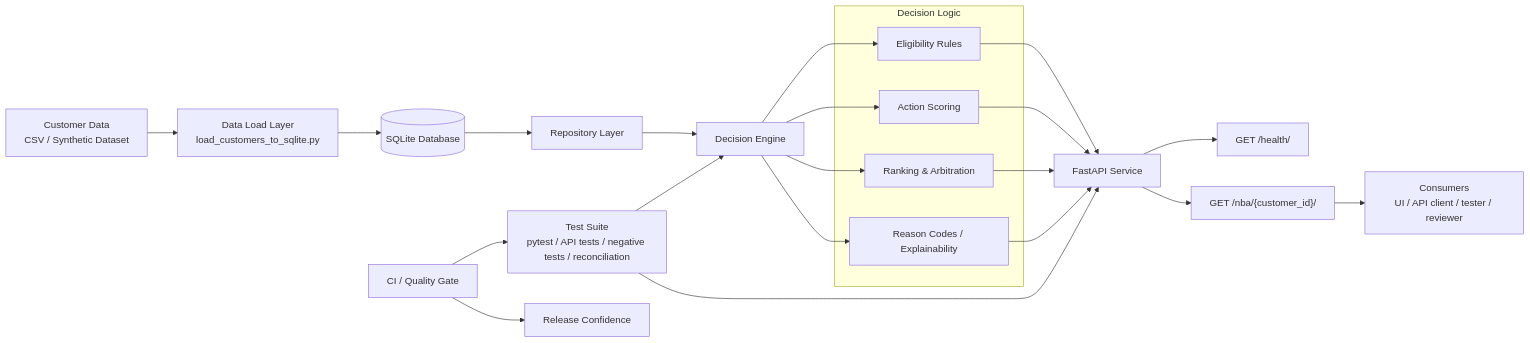
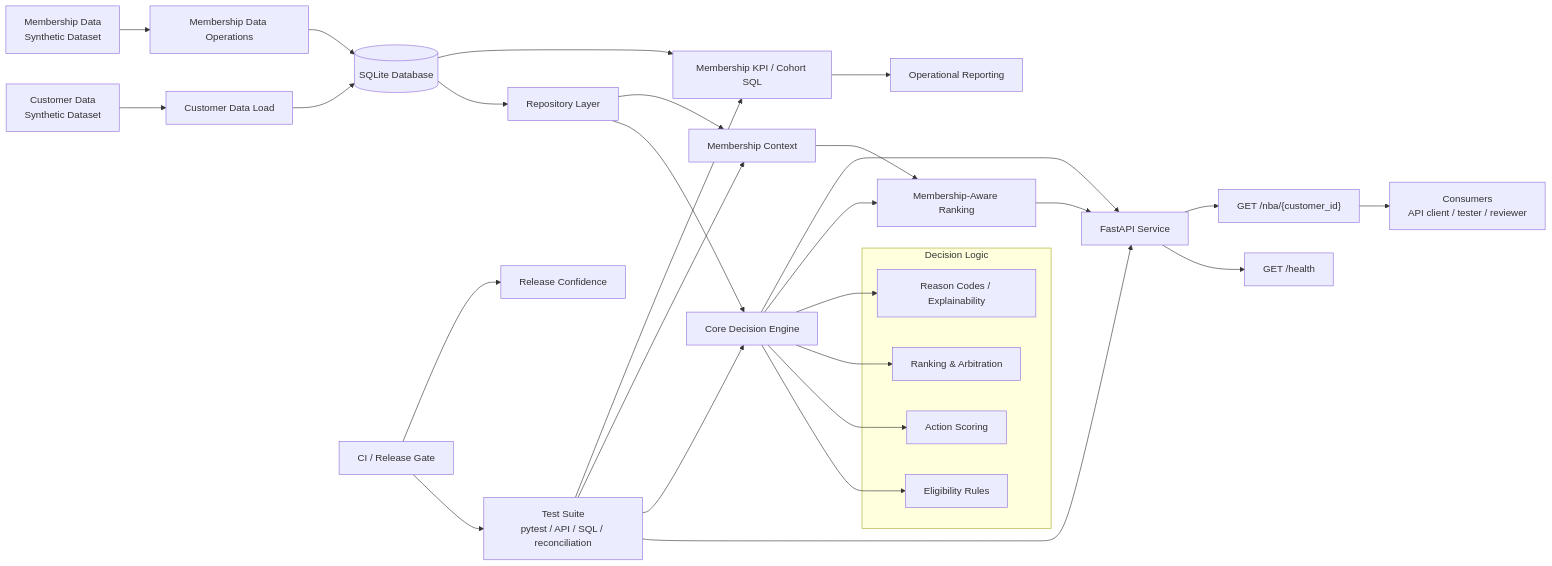
One commit to Seun193/NextBestAction-Decisioning-Lab changed the diagram in README.md. Above: the diagram before and after it, drawn with Mermaid. The commit also changed other lines of this file and 1 other file, not shown here.

Commit message:
Document membership data operations validation

````diff
--- a/README.md
+++ b/README.md
@@ -9,36 +28,47 @@
 ```mermaid
 flowchart LR
-    A["Customer Data<br/>CSV / Synthetic Dataset"] --> B["Data Load Layer<br/>load_customers_to_sqlite.py"]
+    A["Customer Data<br/>Synthetic Dataset"] --> B["Customer Data Load"]
+    M["Membership Data<br/>Synthetic Dataset"] --> N["Membership Data Operations"]
+
     B --> C[("SQLite Database")]
+    N --> C
 
     C --> D["Repository Layer"]
-    D --> E["Decision Engine"]
+
+    D --> E["Core Decision Engine"]
+    D --> MC["Membership Context"]
 
     subgraph DL["Decision Logic"]
         E1["Eligibility Rules"]
         E2["Action Scoring"]
         E3["Ranking & Arbitration"]
         E4["Reason Codes / Explainability"]
     end
 
     E --> E1
     E --> E2
     E --> E3
     E --> E4
 
-    E1 --> F["FastAPI Service"]
-    E2 --> F
-    E3 --> F
-    E4 --> F
+    E --> MD["Membership-Aware Ranking"]
+    MC --> MD
 
-    F --> G["GET /health/"]
-    F --> H["GET /nba/{customer_id}/"]
+    MD --> F["FastAPI Service"]
+    E --> F
 
-    I["Test Suite<br/>pytest / API tests / negative tests / reconciliation"] --> F
+    F --> G["GET /health"]
+    F --> H["GET /nba/{customer_id}"]
+
+    C --> K["Membership KPI / Cohort SQL"]
+    K --> R["Operational Reporting"]
+
+    I["Test Suite<br/>pytest / API / SQL / reconciliation"] --> F
     I --> E
+    I --> MC
+    I --> K
 
-    J["CI / Quality Gate"] --> I
-    J --> K["Release Confidence"]
+    J["CI / Release Gate"] --> I
+    J --> Q["Release Confidence"]
 
-    H --> L["Consumers<br/>UI / API client / tester / reviewer"]
+    H --> L["Consumers<br/>API client / tester / reviewer"]
 ```
````
